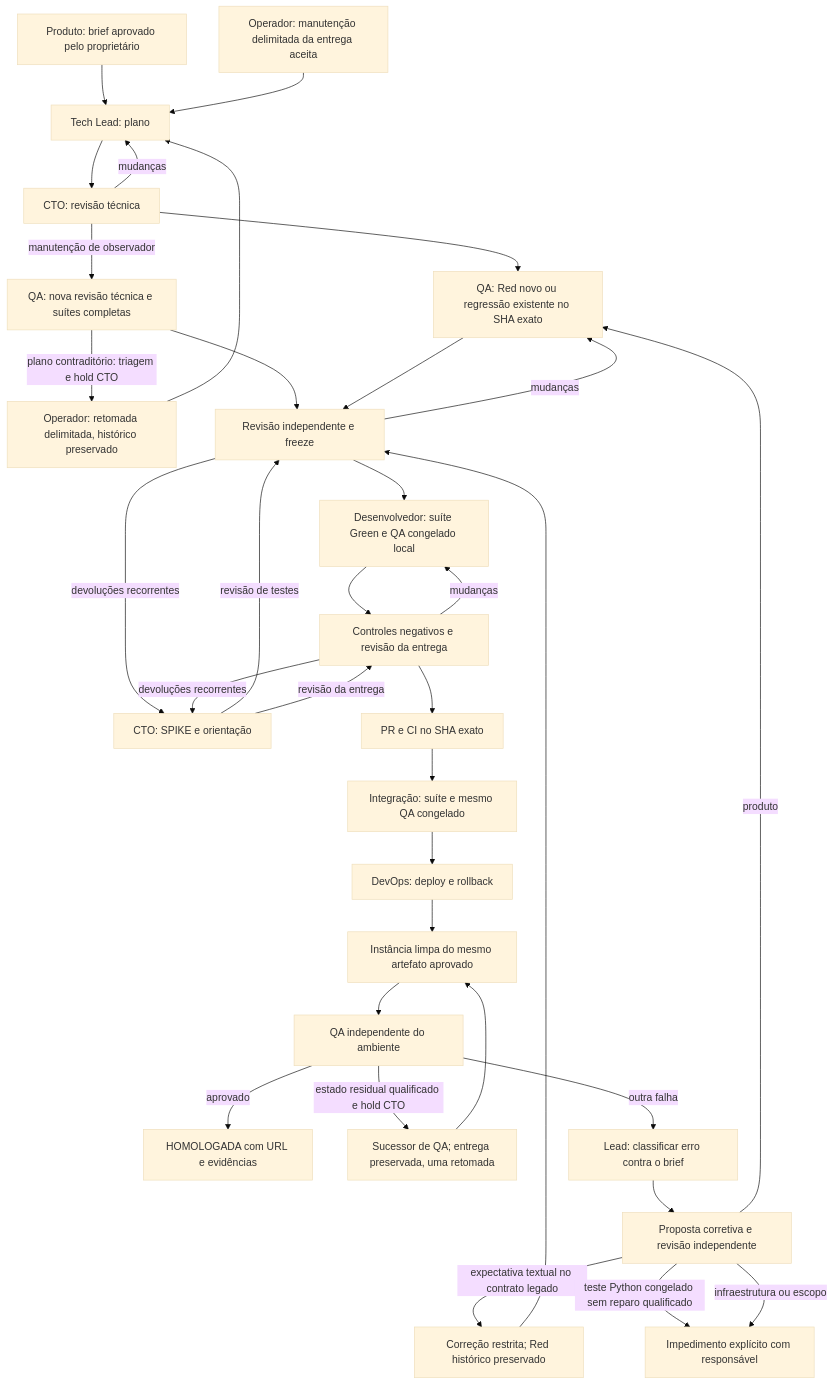
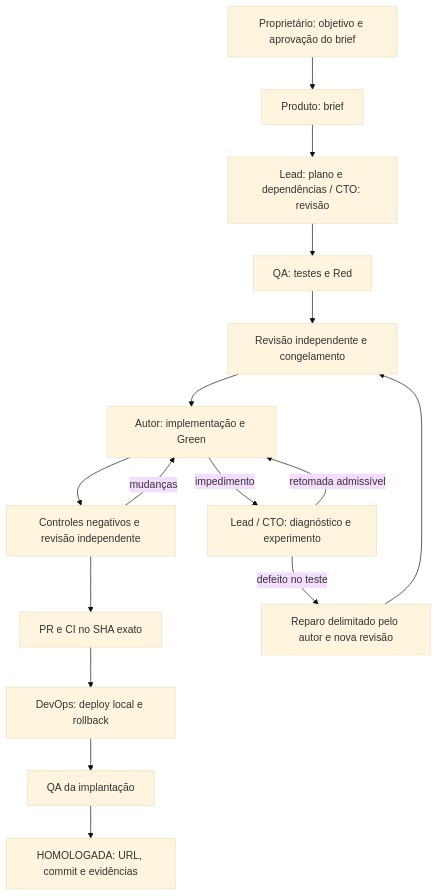
Before and after one commit to codifydeep/fabriquinha: the first of 2 diagrams in README.md, drawn with Mermaid (base theme). The commit also changed other lines of this file and 2329 other files, not shown here.

````diff
--- a/README.md
+++ b/README.md
@@ -97,36 +16,18 @@
 ```mermaid
 flowchart TD
-    B[Produto: brief aprovado pelo proprietário] --> P[Tech Lead: plano]
-    MA[Operador: manutenção delimitada da entrega aceita] --> P
-    P --> C[CTO: revisão técnica]
-    C -->|mudanças| P
-    C --> T[QA: Red novo ou regressão existente no SHA exato]
-    C -->|manutenção de observador| MT[QA: nova revisão técnica e suítes completas]
-    MT -->|plano contraditório: triagem e hold CTO| MR[Operador: retomada delimitada, histórico preservado]
-    MR --> P
-    MT --> F
-    T --> F[Revisão independente e freeze]
-    F -->|mudanças| T
-    F --> I[Desenvolvedor: suíte Green e QA congelado local]
-    I --> N[Controles negativos e revisão da entrega]
-    N -->|mudanças| I
-    F -->|devoluções recorrentes| ER[CTO: SPIKE e orientação]
-    N -->|devoluções recorrentes| ER
-    ER -->|revisão de testes| F
-    ER -->|revisão da entrega| N
-    N --> PR[PR e CI no SHA exato]
-    PR --> M[Integração: suíte e mesmo QA congelado]
-    M --> D[DevOps: deploy e rollback]
-    D --> QC[Instância limpa do mesmo artefato aprovado]
-    QC --> Q[QA independente do ambiente]
-    Q -->|aprovado| H[HOMOLOGADA com URL e evidências]
-    Q -->|estado residual qualificado e hold CTO| QR[Sucessor de QA; entrega preservada, uma retomada]
-    QR --> QC
-    Q -->|outra falha| X[Lead: classificar erro contra o brief]
-    X --> R[Proposta corretiva e revisão independente]
-    R -->|produto| T
-    R -->|expectativa textual no contrato legado| RT[Correção restrita; Red histórico preservado]
-    RT --> F
-    R -->|teste Python congelado sem reparo qualificado| E
-    R -->|infraestrutura ou escopo| E[Impedimento explícito com responsável]
+    CEO[Proprietário: objetivo e aprovação do brief] --> PM[Produto: brief]
+    PM --> PLAN[Lead: plano e dependências / CTO: revisão]
+    PLAN --> RED[QA: testes e Red]
+    RED --> FREEZE[Revisão independente e congelamento]
+    FREEZE --> DEV[Autor: implementação e Green]
+    DEV --> REVIEW[Controles negativos e revisão independente]
+    REVIEW --> PR[PR e CI no SHA exato]
+    PR --> DEPLOY[DevOps: deploy local e rollback]
+    DEPLOY --> QA[QA da implantação]
+    QA --> DONE[HOMOLOGADA: URL, commit e evidências]
+    REVIEW -->|mudanças| DEV
+    DEV -->|impedimento| DIAG[Lead / CTO: diagnóstico e experimento]
+    DIAG -->|retomada admissível| DEV
+    DIAG -->|defeito no teste| REPAIR[Reparo delimitado pelo autor e nova revisão]
+    REPAIR --> FREEZE
 ```
````
